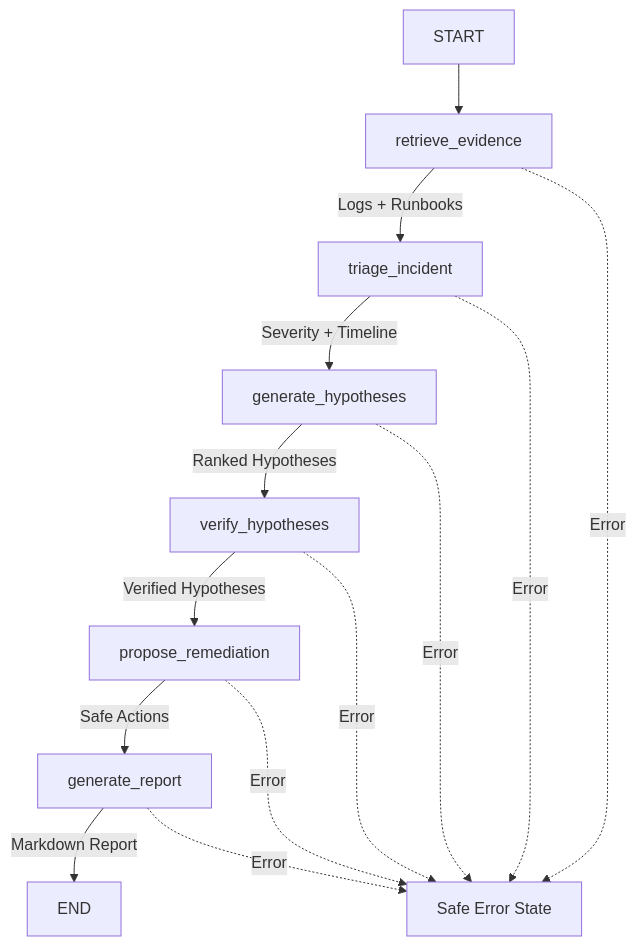
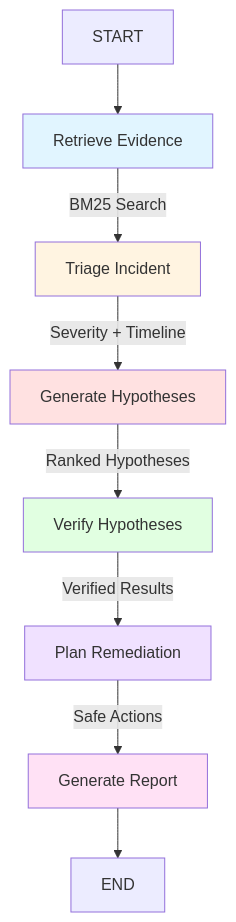
One commit to alitariqdev/opspilot-agent changed the diagram in README.md. Above: the diagram before and after it, drawn with Mermaid. The commit also changed other lines of this file and 1 other file, not shown here.

````diff
--- a/README.md
+++ b/README.md
@@ -376,17 +93,17 @@
 ```mermaid
 graph TD
-    A[START] --> B[retrieve_evidence]
-    B -->|Logs + Runbooks| C[triage_incident]
-    C -->|Severity + Timeline| D[generate_hypotheses]
-    D -->|Ranked Hypotheses| E[verify_hypotheses]
-    E -->|Verified Hypotheses| F[propose_remediation]
-    F -->|Safe Actions| G[generate_report]
-    G -->|Markdown Report| H[END]
+    A[START] --> B[Retrieve Evidence]
+    B -->|BM25 Search| C[Triage Incident]
+    C -->|Severity + Timeline| D[Generate Hypotheses]
+    D -->|Ranked Hypotheses| E[Verify Hypotheses]
+    E -->|Verified Results| F[Plan Remediation]
+    F -->|Safe Actions| G[Generate Report]
+    G --> H[END]
     
-    B -.->|Error| ERR[Safe Error State]
-    C -.->|Error| ERR
-    D -.->|Error| ERR
-    E -.->|Error| ERR
-    F -.->|Error| ERR
-    G -.->|Error| ERR
+    style B fill:#e1f5ff
+    style C fill:#fff4e1
+    style D fill:#ffe1e1
+    style E fill:#e1ffe1
+    style F fill:#f0e1ff
+    style G fill:#ffe1f5
 ```
````
